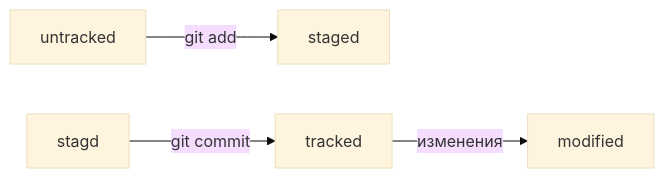
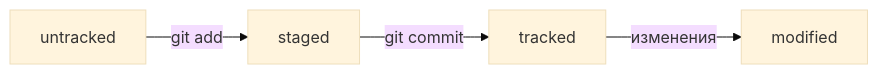
Before and after one commit to Tikhovskoy/-Git: the diagram in README.md, drawn with Mermaid (base theme).

Commit message:
дополнил схему

````diff
--- a/README.md
+++ b/README.md
@@ -58,8 +58,8 @@
 ```mermaid
 graph LR;
 untracked -- "git add"--> staged
-stagd -- "git commit"--> tracked
+staged -- "git commit"--> tracked
 tracked -- "изменения"--> modified
 
  
 ```
````
